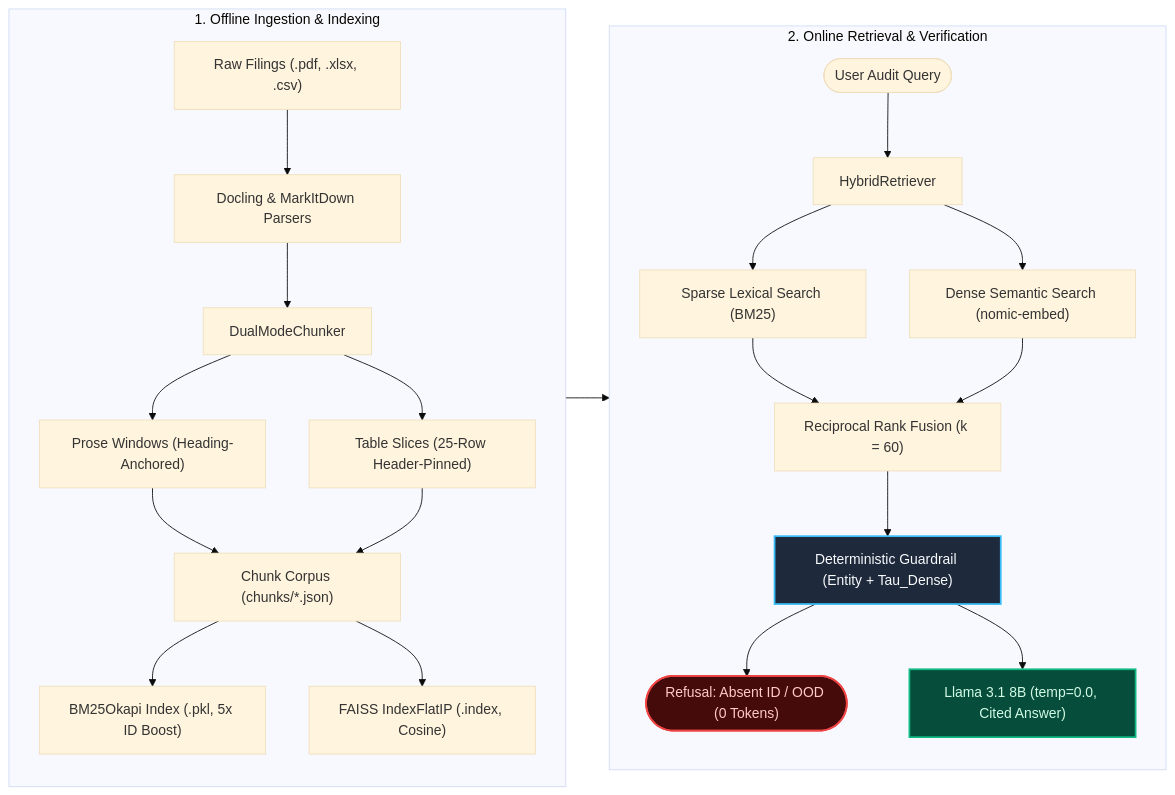
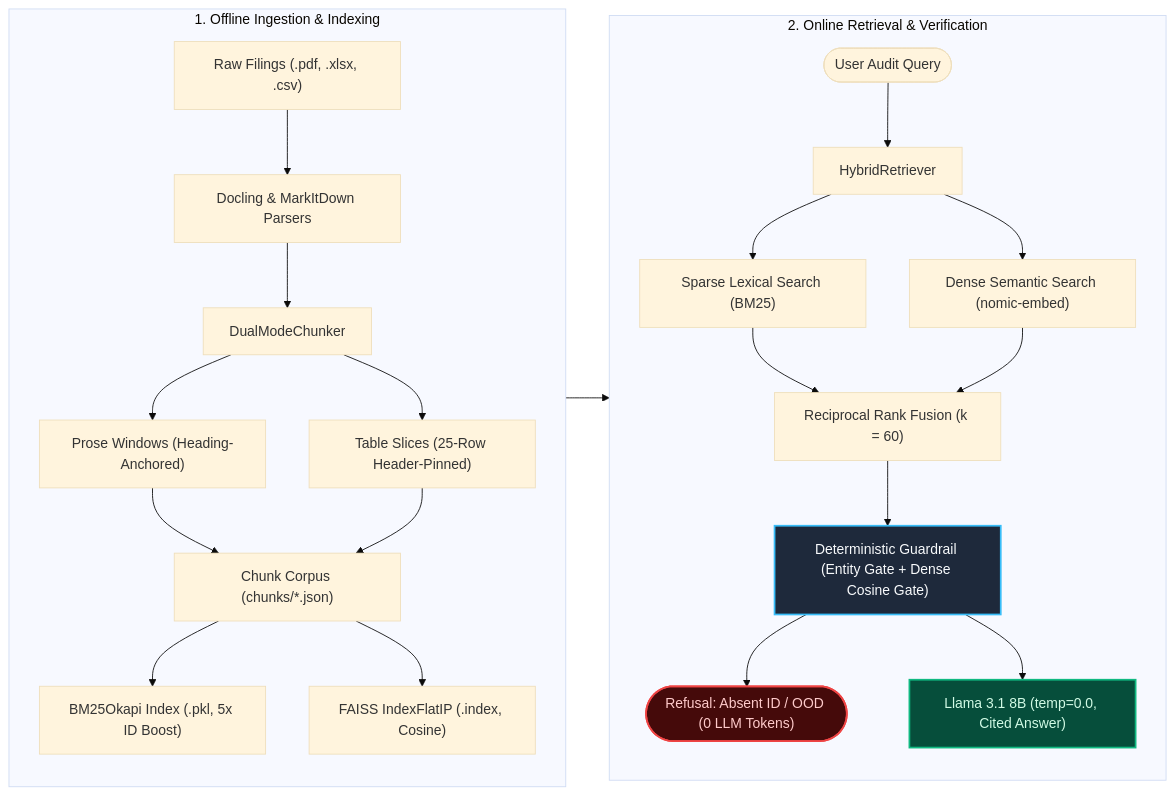
One commit to MihirNagarkar/DataHound-RAG changed the diagram in README.md. Above: the diagram before and after it, drawn with Mermaid (base theme). The commit also changed other lines of this file and 41 other files, not shown here.

````diff
--- a/README.md
+++ b/README.md
@@ -17,32 +17,32 @@
 ```mermaid
 flowchart LR
     subgraph Offline ["1. Offline Ingestion & Indexing"]
         direction TB
         Docs["Raw Filings (.pdf, .xlsx, .csv)"] --> Parser["Docling & MarkItDown Parsers"]
         Parser --> Chunker["DualModeChunker"]
         Chunker --> Prose["Prose Windows (Heading-Anchored)"]
         Chunker --> Tables["Table Slices (25-Row Header-Pinned)"]
         Prose --> Corpus["Chunk Corpus (chunks/*.json)"]
         Tables --> Corpus
         Corpus --> BM25["BM25Okapi Index (.pkl, 5x ID Boost)"]
         Corpus --> FAISS["FAISS IndexFlatIP (.index, Cosine)"]
     end
 
     subgraph Online ["2. Online Retrieval & Verification"]
         direction TB
         Query(["User Audit Query"]) --> Retriever["HybridRetriever"]
         Retriever --> Sparse["Sparse Lexical Search (BM25)"]
         Retriever --> Dense["Dense Semantic Search (nomic-embed)"]
         Sparse --> RRF["Reciprocal Rank Fusion (k = 60)"]
         Dense --> RRF
-        RRF --> Guard["Deterministic Guardrail (Entity + Tau_Dense)"]
-        Guard --> Reject(["Refusal: Absent ID / OOD (0 Tokens)"])
+        RRF --> Guard["Deterministic Guardrail (Entity Gate + Dense Cosine Gate)"]
+        Guard --> Reject(["Refusal: Absent ID / OOD (0 LLM Tokens)"])
         Guard --> LLM["Llama 3.1 8B (temp=0.0, Cited Answer)"]
     end
 
     Offline --> Online
 
     style Guard fill:#1e293b,stroke:#38bdf8,stroke-width:2px,color:#f8fafc
     style Reject fill:#450a0a,stroke:#ef4444,stroke-width:2px,color:#fecaca
     style LLM fill:#064e3b,stroke:#10b981,stroke-width:2px,color:#d1fae5
 ```
````
